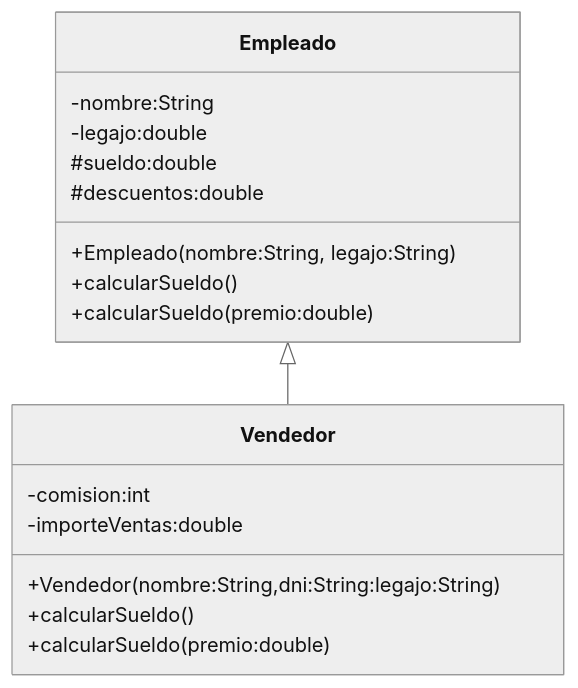
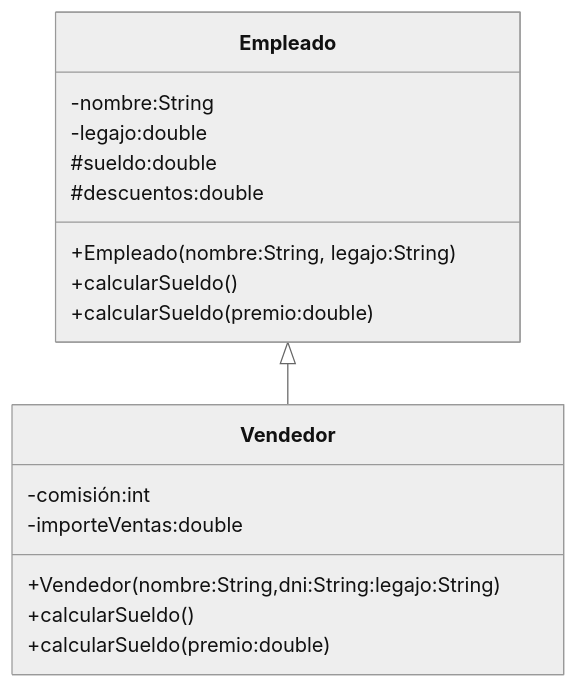
One commit to PaulaLucero2021/course_digitalhouse changed diagram 20 of 23 in programacion_orientada_a_objetos/README.md. Above: the diagram before and after it, drawn with Mermaid (neutral theme). The commit also changed other lines of this file and 27 other files, not shown here.

````diff
--- a/programacion_orientada_a_objetos/README.md
+++ b/programacion_orientada_a_objetos/README.md
@@ -3368,22 +3391,22 @@
 ```mermaid
 classDiagram
 
 class Empleado{
     -nombre:String
     -legajo:double
     #sueldo:double
     #descuentos:double
     +Empleado(nombre:String, legajo:String)
     +calcularSueldo()
     +calcularSueldo(premio:double)
 }
 class Vendedor{
-    -comision:int
+    -comisión:int
     -importeVentas:double
     +Vendedor(nombre:String,dni:String:legajo:String)
     +calcularSueldo()
     +calcularSueldo(premio:double)
 }
 
 Empleado <|-- Vendedor
 ```
````
